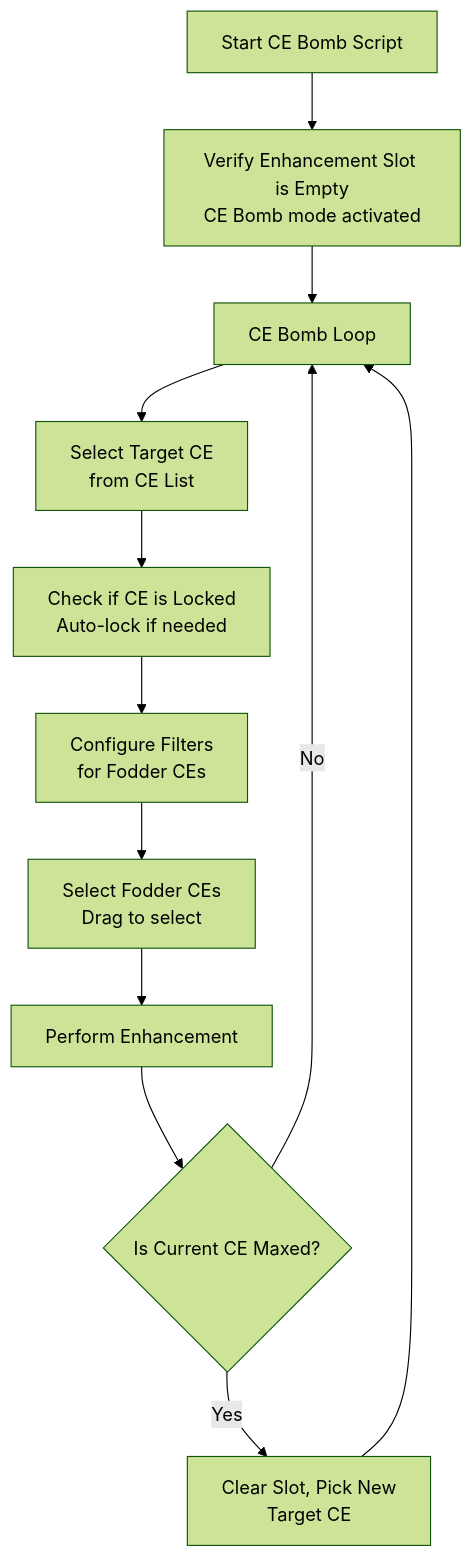
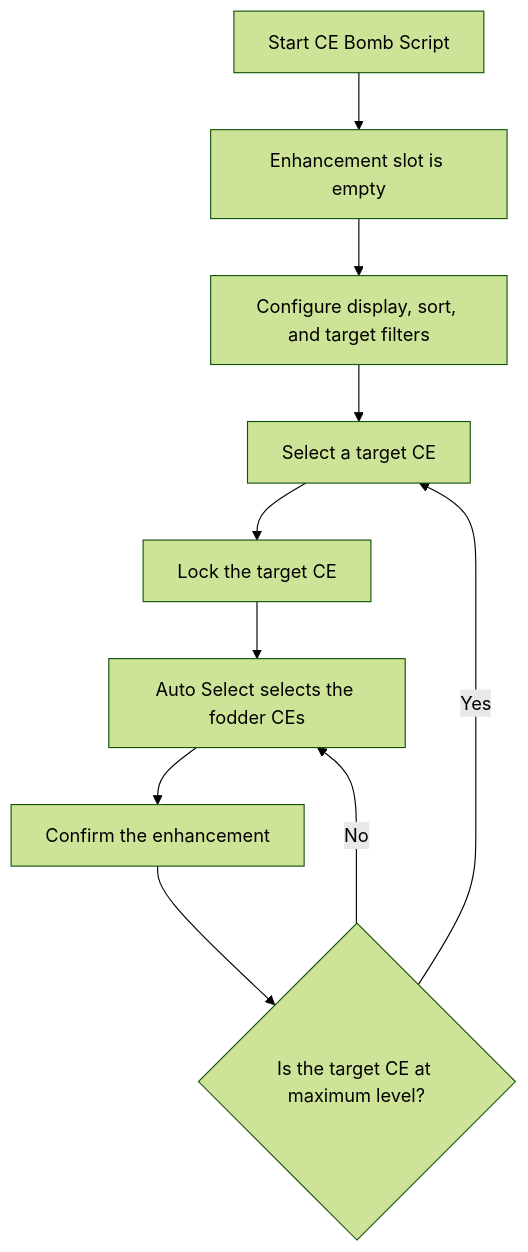
The diagram in docs/scripts/auto-ce-exp-bomb.md (ArthurKun21/FGA-Preview-Build), drawn with Mermaid (forest theme) before and after one commit. The commit also changed other lines of this file and 164 other files, not shown here.

````diff
--- a/docs/scripts/auto-ce-exp-bomb.md
+++ b/docs/scripts/auto-ce-exp-bomb.md
@@ -39,14 +43,12 @@
 ```mermaid
 flowchart TD
-    A[Start CE Bomb Script] --> B[Verify Enhancement Slot is Empty<br/>CE Bomb mode activated]
-    B --> C[CE Bomb Loop]
-    C --> D[Select Target CE<br/>from CE List]
-    D --> E[Check if CE is Locked<br/>Auto-lock if needed]
-    E --> F[Configure Filters<br/>for Fodder CEs]
-    F --> G[Select Fodder CEs<br/>Drag to select]
-    G --> H[Perform Enhancement]
-    H --> I{Is Current CE Maxed?}
-    I -->|No| C
-    I -->|Yes| J[Clear Slot, Pick New<br/>Target CE]
-    J --> C
+    A[Start CE Bomb Script] --> B[Enhancement slot is empty]
+    B --> C[Configure display, sort, and target filters]
+    C --> D[Select a target CE]
+    D --> E[Lock the target CE]
+    E --> F[Auto Select selects the fodder CEs]
+    F --> G[Confirm the enhancement]
+    G --> H{Is the target CE at maximum level?}
+    H -->|No| F
+    H -->|Yes| D
 ```
````
